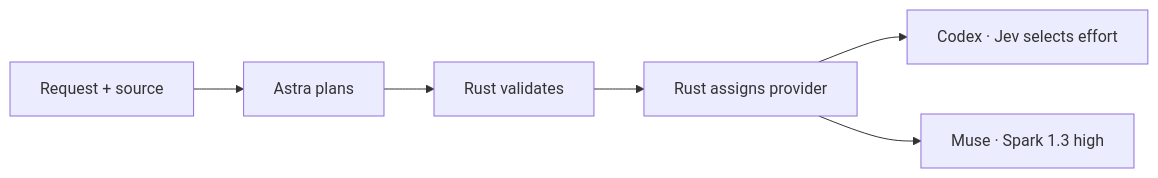
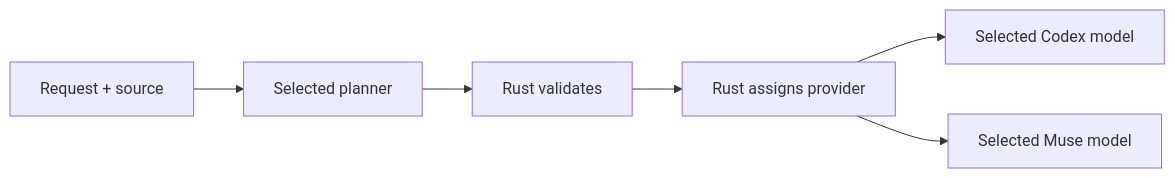
Before and after one commit to minimumeffort-dev/sprowt.harness: the diagram in docs/planning.md, drawn with Mermaid. The commit also changed other lines of this file and 57 other files, not shown here.

````diff
--- a/docs/planning.md
+++ b/docs/planning.md
@@ -9,8 +9,8 @@
 ```mermaid
 flowchart LR
-    request["Request + source"] --> planner["Astra plans"]
+    request["Request + source"] --> planner["Selected planner"]
     planner --> validate["Rust validates"]
     validate --> assign["Rust assigns provider"]
-    assign --> codex["Codex · Jev selects effort"]
-    assign --> muse["Muse · Spark 1.3 high"]
+    assign --> codex["Selected Codex model"]
+    assign --> muse["Selected Muse model"]
 ```
````
